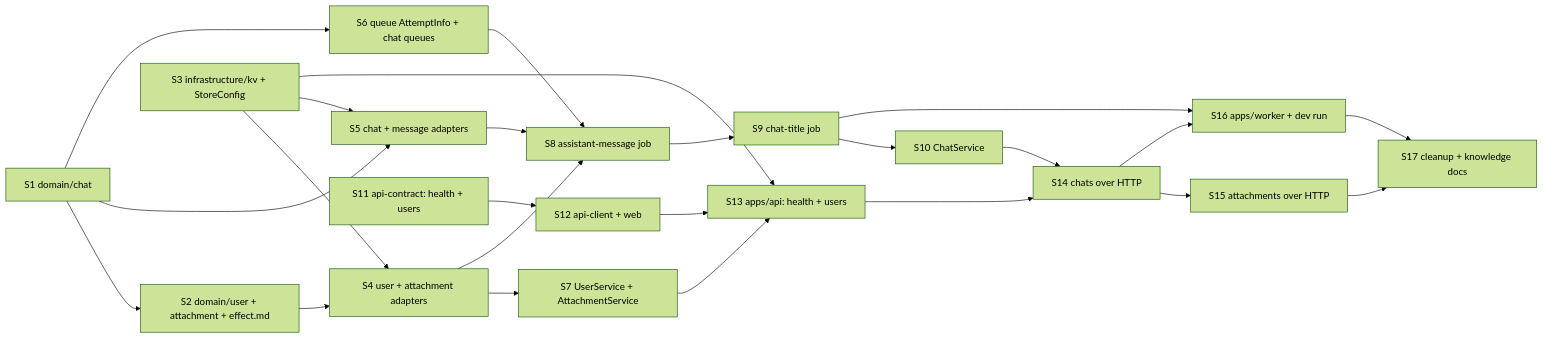
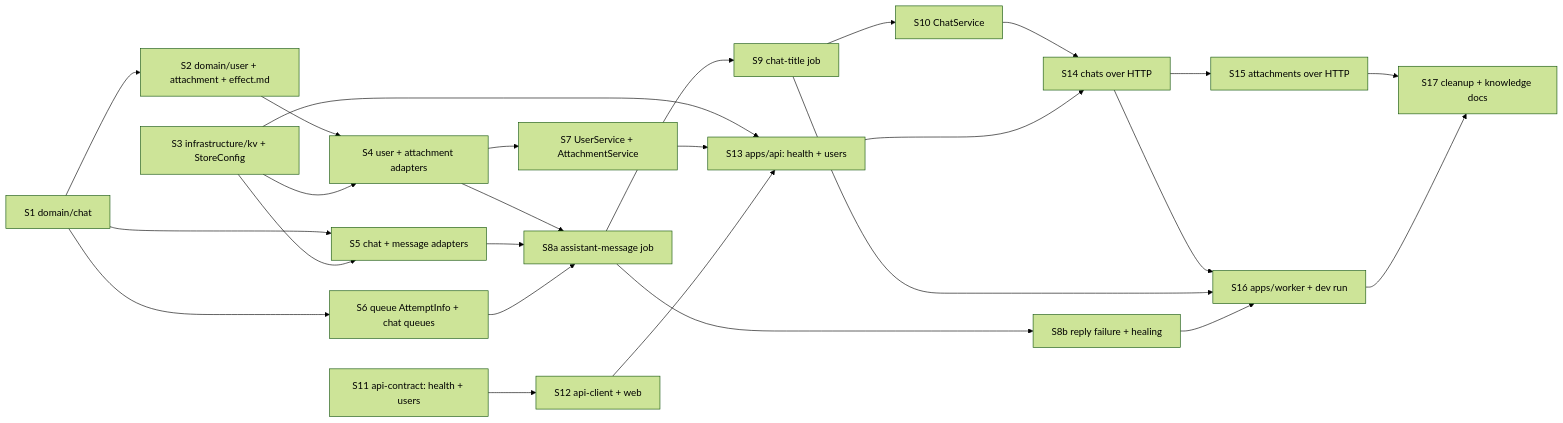
One commit to khotei/app-template changed the diagram in docs/tickets/2026-10-17_chat-core/plan.md. Above: the diagram before and after it, drawn with Mermaid (forest theme). The commit also changed other lines of this file and 12 other files, not shown here.

````diff
--- a/docs/tickets/2026-10-17_chat-core/plan.md
+++ b/docs/tickets/2026-10-17_chat-core/plan.md
@@ -32,27 +32,29 @@
 ```mermaid
 graph LR
   S1[S1 domain/chat] --> S2[S2 domain/user + attachment + effect.md]
   S3[S3 infrastructure/kv + StoreConfig]
   S2 --> S4[S4 user + attachment adapters]
   S3 --> S4
   S1 --> S5[S5 chat + message adapters]
   S3 --> S5
   S1 --> S6[S6 queue AttemptInfo + chat queues]
   S4 --> S7[S7 UserService + AttachmentService]
-  S4 --> S8[S8 assistant-message job]
-  S5 --> S8
-  S6 --> S8
-  S8 --> S9[S9 chat-title job]
+  S4 --> S8a[S8a assistant-message job]
+  S5 --> S8a
+  S6 --> S8a
+  S8a --> S8b[S8b reply failure + healing]
+  S8a --> S9[S9 chat-title job]
   S9 --> S10[S10 ChatService]
   S11[S11 api-contract: health + users] --> S12[S12 api-client + web]
   S3 --> S13[S13 apps/api: health + users]
   S7 --> S13
   S12 --> S13
   S10 --> S14[S14 chats over HTTP]
   S13 --> S14
   S14 --> S15[S15 attachments over HTTP]
   S14 --> S16[S16 apps/worker + dev run]
   S9 --> S16
+  S8b --> S16
   S15 --> S17[S17 cleanup + knowledge docs]
   S16 --> S17
 ```
````
